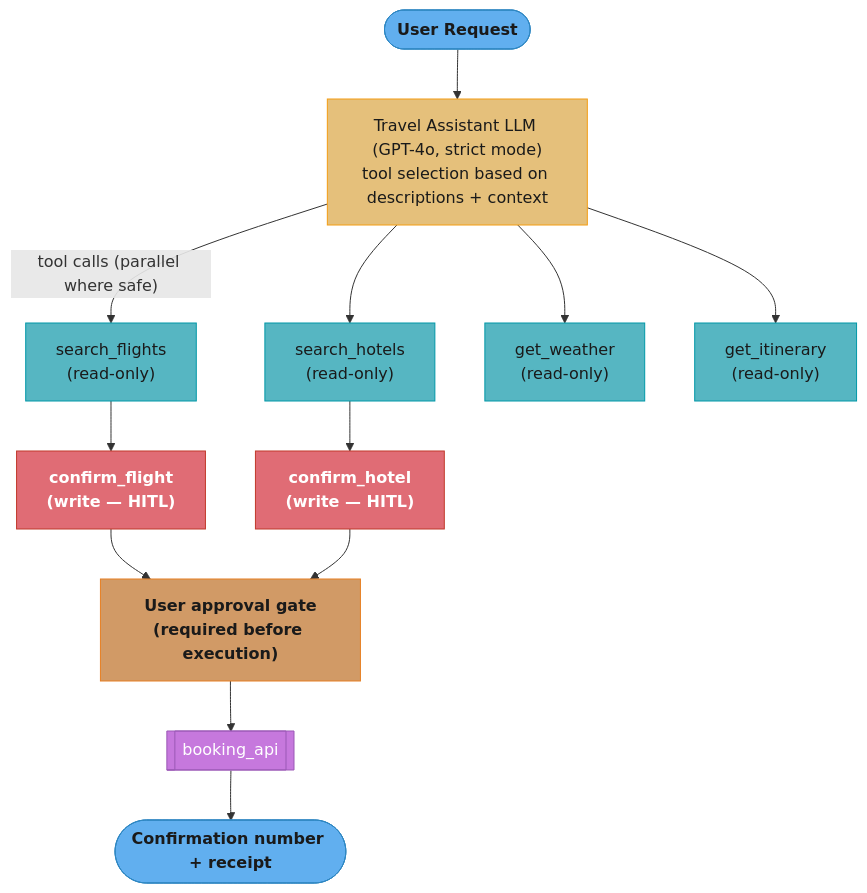
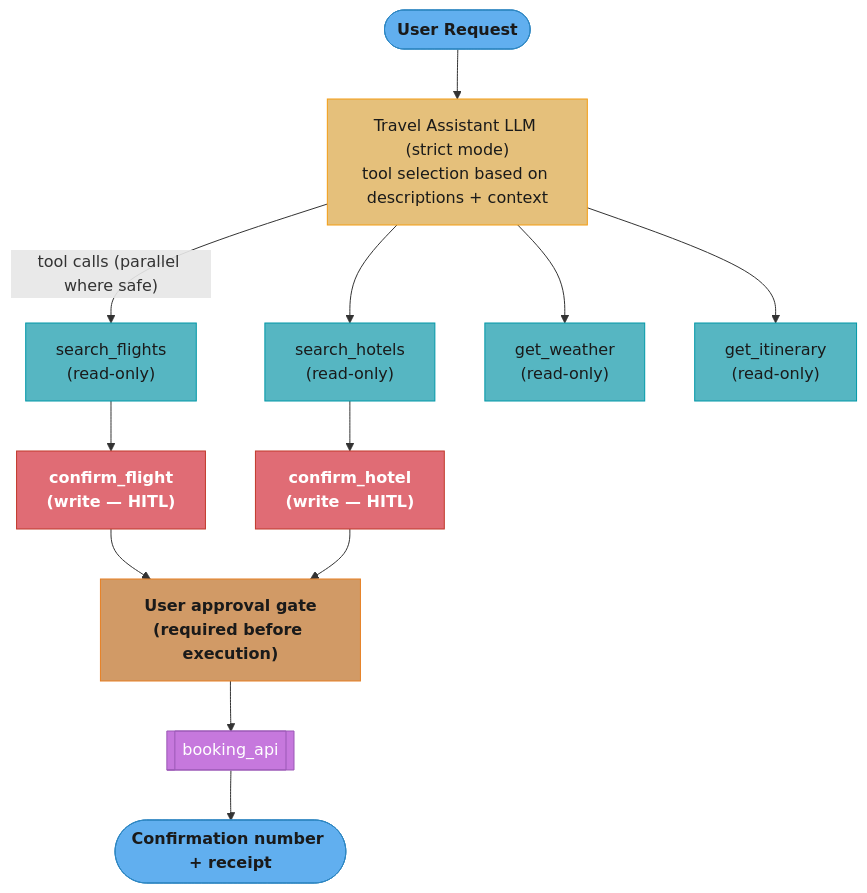
The fourth of 4 diagrams in src/main/java/com/rutik/systemdesign/llm/agents_and_tool_use/function_calling_and_tool_design.md (rppol/system-design), drawn with Mermaid before and after one commit. The commit also changed other lines of this file and 113 other files, not shown here.

````diff
--- a/src/main/java/com/rutik/systemdesign/llm/agents_and_tool_use/function_calling_and_tool_design.md
+++ b/src/main/java/com/rutik/systemdesign/llm/agents_and_tool_use/function_calling_and_tool_design.md
@@ -645,40 +658,40 @@
 ```mermaid
 flowchart TD
     classDef io      fill:#61afef,stroke:#2e86c1,color:#1a1a1a,font-weight:bold
     classDef frozen  fill:#c678dd,stroke:#9b59b6,color:#fff
     classDef train   fill:#98c379,stroke:#27ae60,color:#1a1a1a
     classDef mathOp  fill:#d19a66,stroke:#e67e22,color:#1a1a1a,font-weight:bold
     classDef lossN   fill:#e06c75,stroke:#c0392b,color:#fff,font-weight:bold
     classDef req     fill:#56b6c2,stroke:#0097a7,color:#1a1a1a
     classDef base    fill:#e5c07b,stroke:#f39c12,color:#1a1a1a
 
     USER(["User Request"])
-    LLM["Travel Assistant LLM (GPT-4o, strict mode)\ntool selection based on descriptions + context"]
+    LLM["Travel Assistant LLM (strict mode)\ntool selection based on descriptions + context"]
     SF["search_flights\n(read-only)"]
     SH["search_hotels\n(read-only)"]
     GW["get_weather\n(read-only)"]
     GI["get_itinerary\n(read-only)"]
     CF["confirm_flight\n(write — HITL)"]
     CH["confirm_hotel\n(write — HITL)"]
     GATE["User approval gate\n(required before execution)"]
     API[["booking_api"]]
     RCPT(["Confirmation number + receipt"])
 
     USER --> LLM
     LLM -->|"tool calls (parallel where safe)"| SF
     LLM --> SH
     LLM --> GW
     LLM --> GI
     SF --> CF
     SH --> CH
     CF --> GATE
     CH --> GATE
     GATE --> API --> RCPT
 
     class USER,RCPT io
     class LLM base
     class SF,SH,GW,GI req
     class CF,CH lossN
     class GATE mathOp
     class API frozen
 ```
````
